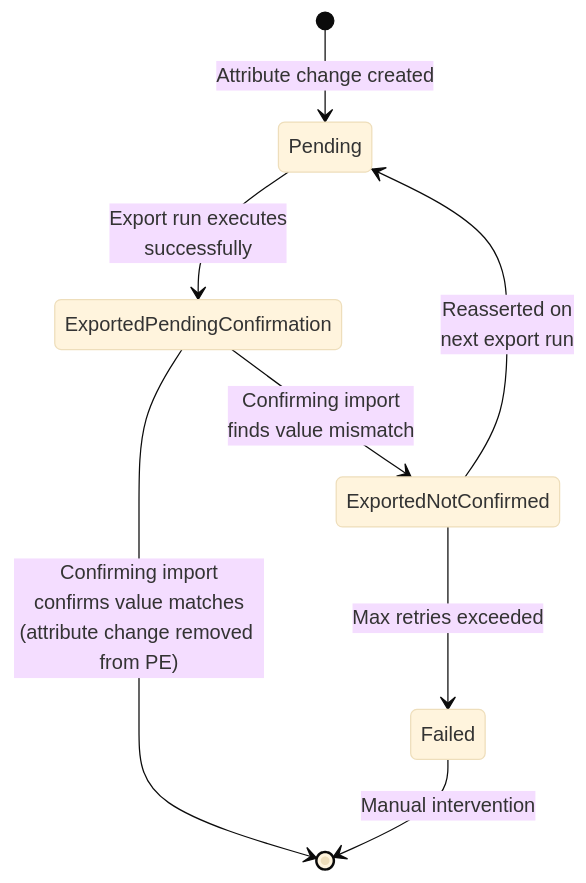
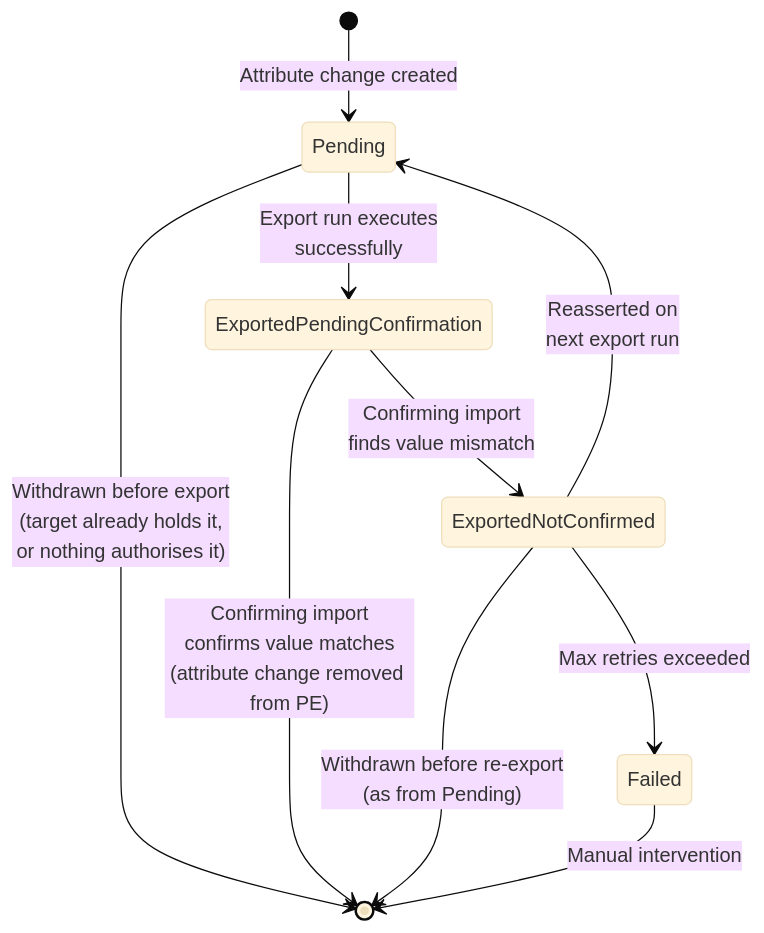
The third of 5 diagrams in docs/developer/diagrams/PENDING_EXPORT_LIFECYCLE.md (TetronIO/JIM), drawn with Mermaid (base theme) before and after one commit. The commit also changed other lines of this file and 28 other files, not shown here.

First line of the commit message:
docs: update documentation and diagrams for v0.16.0 release

````diff
--- a/docs/developer/diagrams/PENDING_EXPORT_LIFECYCLE.md
+++ b/docs/developer/diagrams/PENDING_EXPORT_LIFECYCLE.md
@@ -139,16 +142,20 @@
 ```mermaid
 stateDiagram-v2
     [*] --> Pending: Attribute change created
+
+    Pending --> [*]: Withdrawn before export<br/>(target already holds it,<br/>or nothing authorises it)
 
     Pending --> ExportedPendingConfirmation: Export run executes<br/>successfully
 
     ExportedPendingConfirmation --> [*]: Confirming import<br/>confirms value matches<br/>(attribute change removed from PE)
 
     ExportedPendingConfirmation --> ExportedNotConfirmed: Confirming import<br/>finds value mismatch
 
     ExportedNotConfirmed --> Pending: Reasserted on<br/>next export run
 
     ExportedNotConfirmed --> Failed: Max retries exceeded
 
+    ExportedNotConfirmed --> [*]: Withdrawn before re-export<br/>(as from Pending)
+
     Failed --> [*]: Manual intervention
 ```
````
